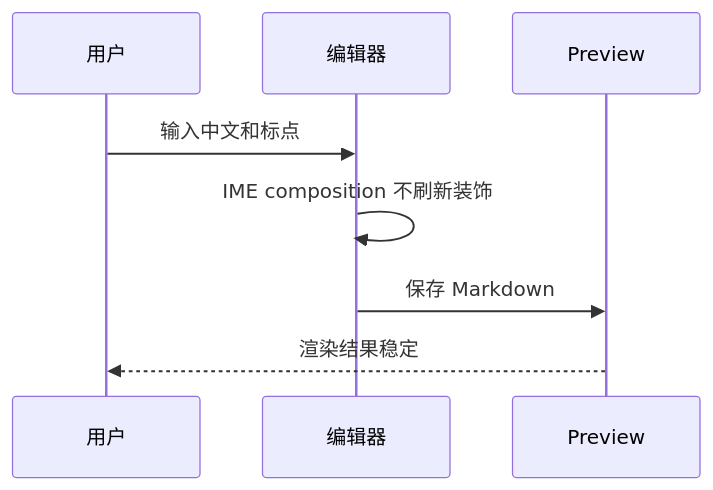
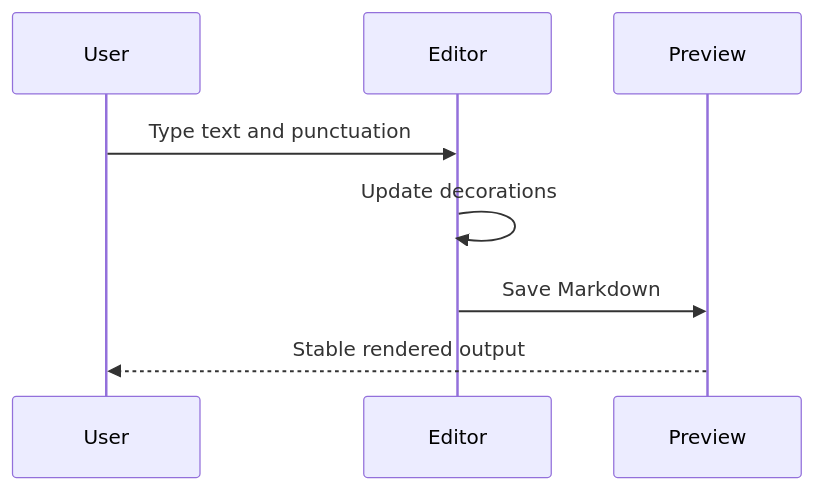
Before and after one commit to ofekisr/solomd-rtl: the second of 2 diagrams in docs/fixtures/markdown-support-test.md, drawn with Mermaid. The commit also changed other lines of this file and 2 other files, not shown here.

First line of the commit message:
docs(fixtures): finish English markdown-support test, drop Chinese-specific cases

````diff
--- a/docs/fixtures/markdown-support-test.md
+++ b/docs/fixtures/markdown-support-test.md
@@ -199,10 +173,10 @@
 ```mermaid
 sequenceDiagram
-  participant U as 用户
-  participant E as 编辑器
+  participant U as User
+  participant E as Editor
   participant P as Preview
-  U->>E: 输入中文和标点
-  E->>E: IME composition 不刷新装饰
-  E->>P: 保存 Markdown
-  P-->>U: 渲染结果稳定
+  U->>E: Type text and punctuation
+  E->>E: Update decorations
+  E->>P: Save Markdown
+  P-->>U: Stable rendered output
 ```
````
